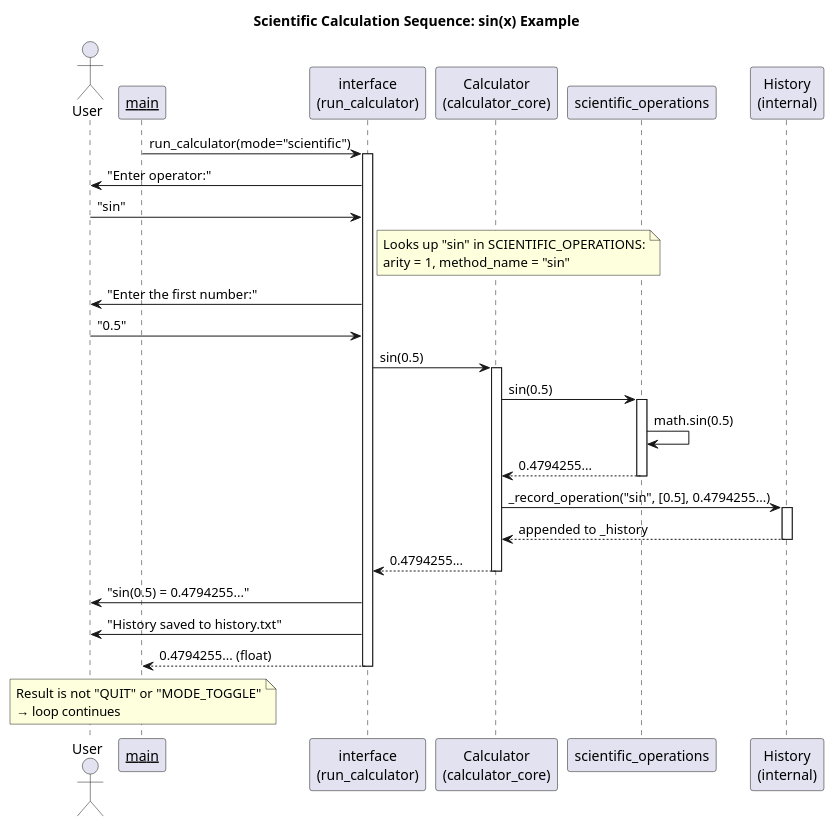
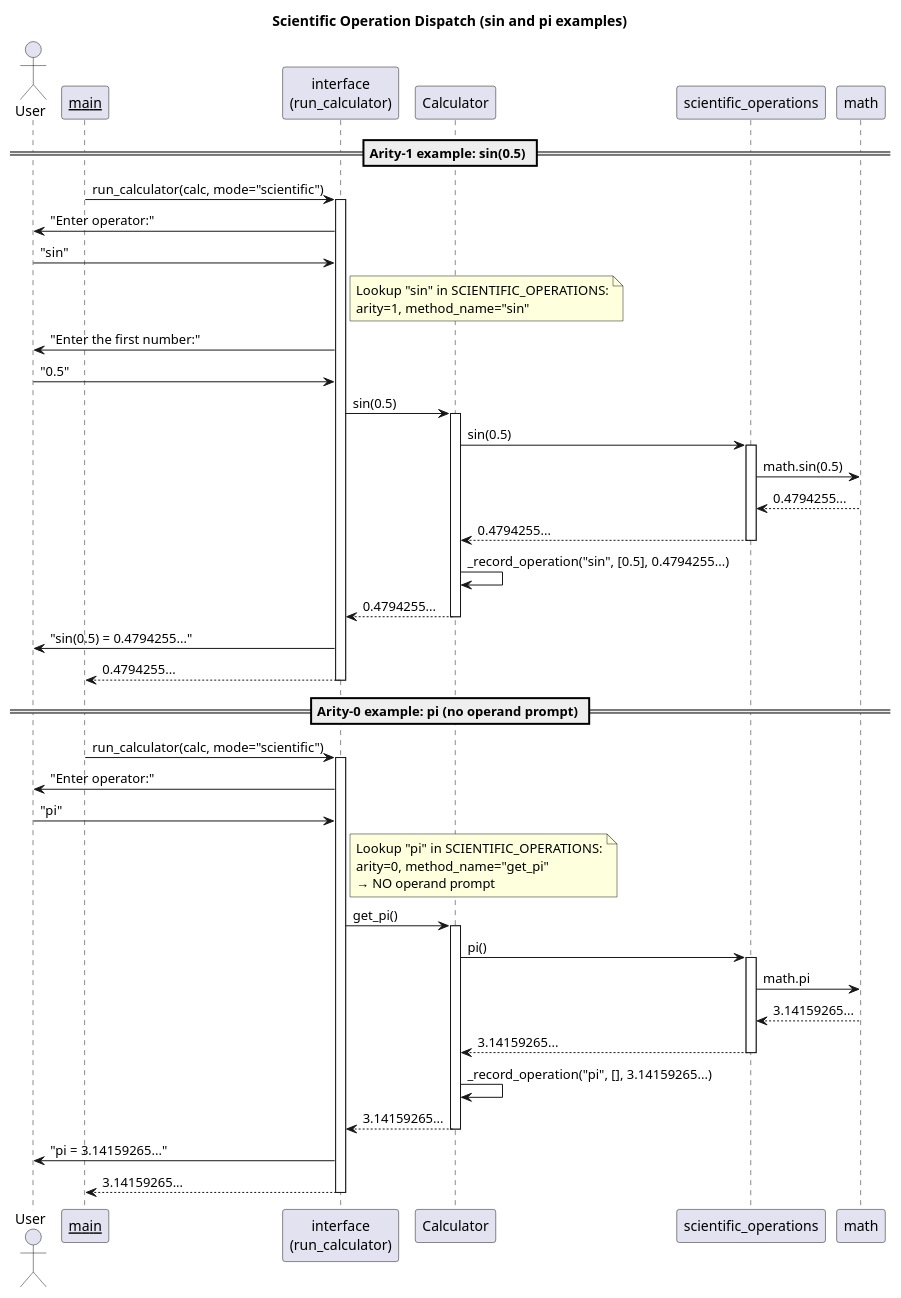
Before and after one commit to DanielRiha8906/Calculator_bachelor_autoevolution_team: the diagram in artifacts/sequence_scientific_calculation.puml, drawn with PlantUML. The commit also changed 4 other files, not shown here.

Commit message:
update diagrams for scientific mode (PR #457)

```diff
--- a/artifacts/sequence_scientific_calculation.puml
+++ b/artifacts/sequence_scientific_calculation.puml
@@ -1,53 +1,73 @@
-@startuml
-title Scientific Calculation Sequence: sin(x) Example
+@startuml sequence_scientific_calculation
+title Scientific Operation Dispatch (sin and pi examples)
 
 actor User
 participant "__main__" as main
 participant "interface\n(run_calculator)" as interface
-participant "Calculator\n(calculator_core)" as calc
+participant "Calculator" as calc
 participant "scientific_operations" as sci
-participant "History\n(internal)" as history
+participant "math" as mathmod
 
-main -> interface : run_calculator(mode="scientific")
+== Arity-1 example: sin(0.5) ==
+
+main -> interface : run_calculator(calc, mode="scientific")
 activate interface
 
 interface -> User : "Enter operator:"
 User -> interface : "sin"
 
 note right of interface
-  Looks up "sin" in SCIENTIFIC_OPERATIONS:
-  arity = 1, method_name = "sin"
+  Lookup "sin" in SCIENTIFIC_OPERATIONS:
+  arity=1, method_name="sin"
 end note
 
 interface -> User : "Enter the first number:"
 User -> interface : "0.5"
 
 interface -> calc : sin(0.5)
 activate calc
-
 calc -> sci : sin(0.5)
 activate sci
-sci -> sci : math.sin(0.5)
+sci -> mathmod : math.sin(0.5)
+mathmod --> sci : 0.4794255...
 sci --> calc : 0.4794255...
 deactivate sci
-
-calc -> history : _record_operation("sin", [0.5], 0.4794255...)
-activate history
-history --> calc : appended to _history
-deactivate history
-
+calc -> calc : _record_operation("sin", [0.5], 0.4794255...)
 calc --> interface : 0.4794255...
 deactivate calc
 
 interface -> User : "sin(0.5) = 0.4794255..."
-interface -> User : "History saved to history.txt"
-
-interface --> main : 0.4794255... (float)
+interface --> main : 0.4794255...
 deactivate interface
 
-note over main
-  Result is not "QUIT" or "MODE_TOGGLE"
-  → loop continues
+== Arity-0 example: pi (no operand prompt) ==
+
+main -> interface : run_calculator(calc, mode="scientific")
+activate interface
+
+interface -> User : "Enter operator:"
+User -> interface : "pi"
+
+note right of interface
+  Lookup "pi" in SCIENTIFIC_OPERATIONS:
+  arity=0, method_name="get_pi"
+  → NO operand prompt
 end note
 
+interface -> calc : get_pi()
+activate calc
+calc -> sci : pi()
+activate sci
+sci -> mathmod : math.pi
+mathmod --> sci : 3.14159265...
+sci --> calc : 3.14159265...
+deactivate sci
+calc -> calc : _record_operation("pi", [], 3.14159265...)
+calc --> interface : 3.14159265...
+deactivate calc
+
+interface -> User : "pi = 3.14159265..."
+interface --> main : 3.14159265...
+deactivate interface
+
 @enduml
```
